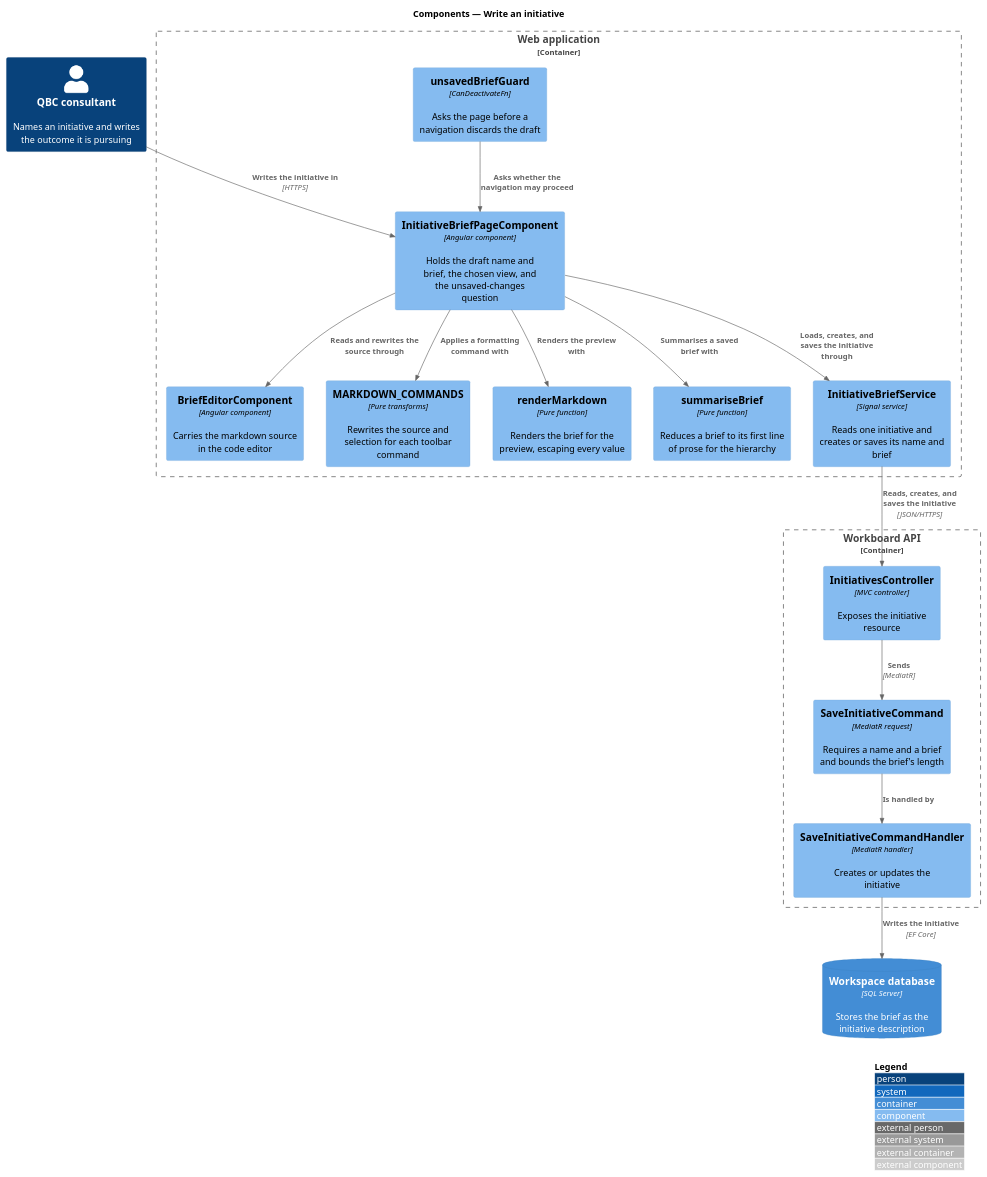
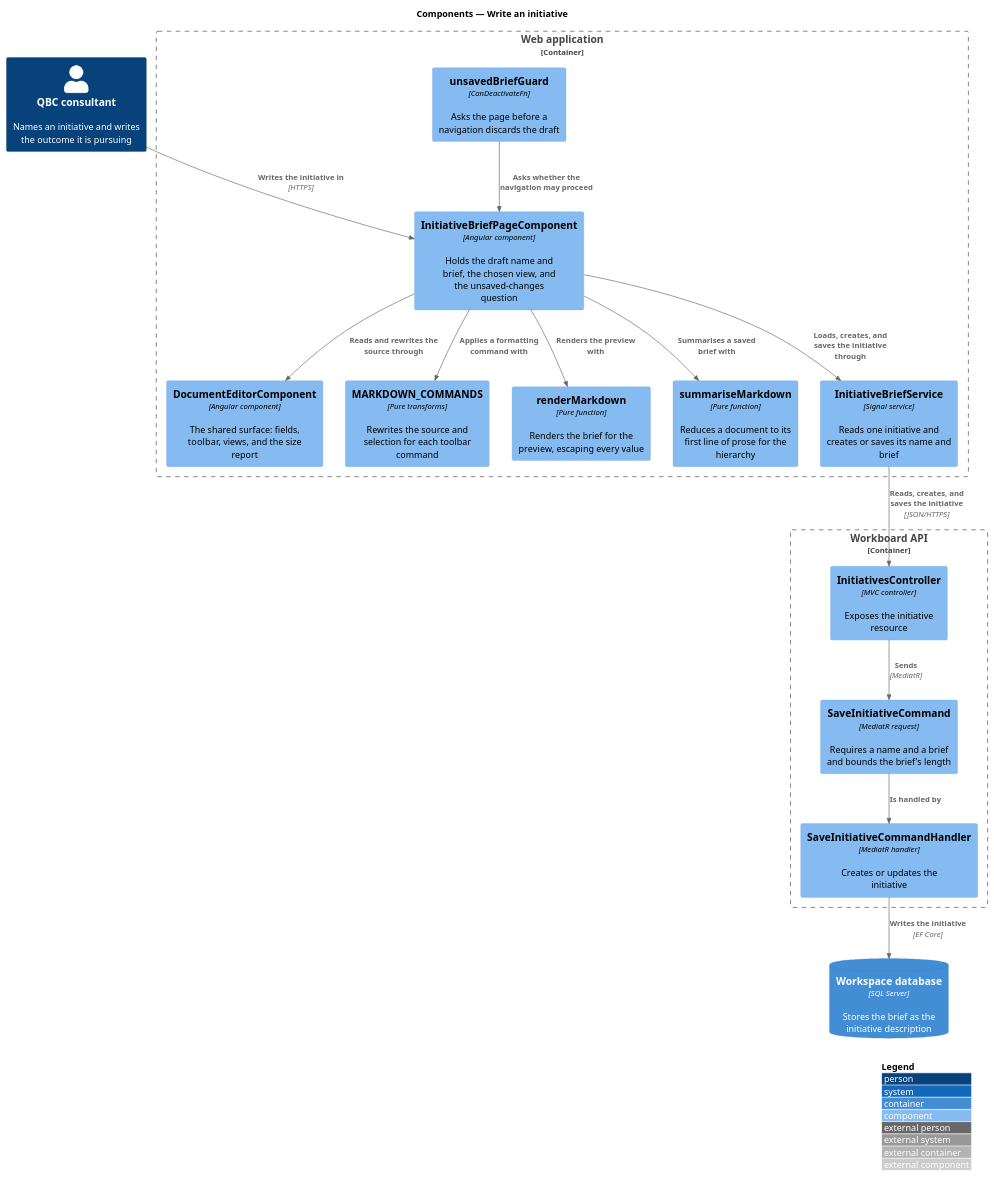
The diagram in docs/detailed-designs/work-items/edit-initiative-brief/diagrams/c4-component.puml (QuinntyneBrown/quinntyne-brown-consulting), drawn with PlantUML before and after one commit. The commit also changed 82 other files, not shown here.

```diff
--- a/docs/detailed-designs/work-items/edit-initiative-brief/diagrams/c4-component.puml
+++ b/docs/detailed-designs/work-items/edit-initiative-brief/diagrams/c4-component.puml
@@ -1,36 +1,36 @@
 @startuml
 !include <C4/C4_Component>
 LAYOUT_WITH_LEGEND()
 title Components — Write an initiative
 
 Person(consultant, "QBC consultant", "Names an initiative and writes the outcome it is pursuing")
 ContainerDb(db, "Workspace database", "SQL Server", "Stores the brief as the initiative description")
 
 Container_Boundary(spa, "Web application") {
   Component(page, "InitiativeBriefPageComponent", "Angular component", "Holds the draft name and brief, the chosen view, and the unsaved-changes question")
   Component(guard, "unsavedBriefGuard", "CanDeactivateFn", "Asks the page before a navigation discards the draft")
-  Component(editor, "BriefEditorComponent", "Angular component", "Carries the markdown source in the code editor")
+  Component(editor, "DocumentEditorComponent", "Angular component", "The shared surface: fields, toolbar, views, and the size report")
   Component(commands, "MARKDOWN_COMMANDS", "Pure transforms", "Rewrites the source and selection for each toolbar command")
   Component(renderer, "renderMarkdown", "Pure function", "Renders the brief for the preview, escaping every value")
-  Component(summary, "summariseBrief", "Pure function", "Reduces a brief to its first line of prose for the hierarchy")
+  Component(summary, "summariseMarkdown", "Pure function", "Reduces a document to its first line of prose for the hierarchy")
   Component(service, "InitiativeBriefService", "Signal service", "Reads one initiative and creates or saves its name and brief")
 }
 
 Container_Boundary(api, "Workboard API") {
   Component(controller, "InitiativesController", "MVC controller", "Exposes the initiative resource")
   Component(command, "SaveInitiativeCommand", "MediatR request", "Requires a name and a brief and bounds the brief's length")
   Component(handler, "SaveInitiativeCommandHandler", "MediatR handler", "Creates or updates the initiative")
 }
 
 Rel(consultant, page, "Writes the initiative in", "HTTPS")
 Rel(page, editor, "Reads and rewrites the source through")
 Rel(page, commands, "Applies a formatting command with")
 Rel(page, renderer, "Renders the preview with")
 Rel(page, summary, "Summarises a saved brief with")
 Rel(guard, page, "Asks whether the navigation may proceed")
 Rel(page, service, "Loads, creates, and saves the initiative through")
 Rel(service, controller, "Reads, creates, and saves the initiative", "JSON/HTTPS")
 Rel(controller, command, "Sends", "MediatR")
 Rel(command, handler, "Is handled by")
 Rel(handler, db, "Writes the initiative", "EF Core")
 @enduml
```
